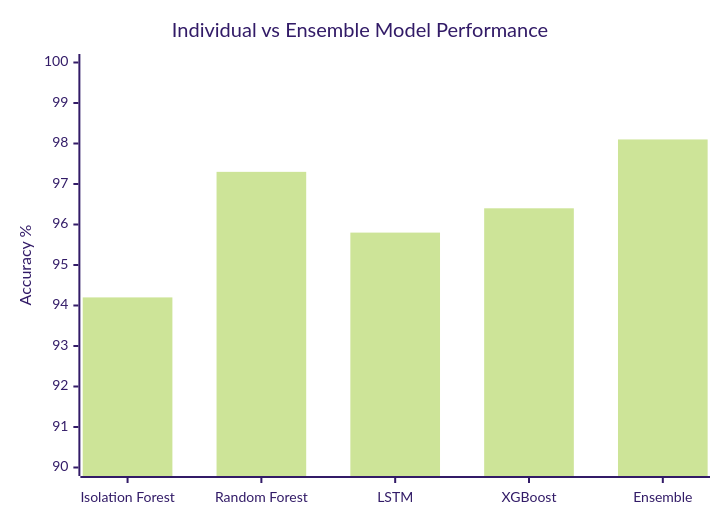
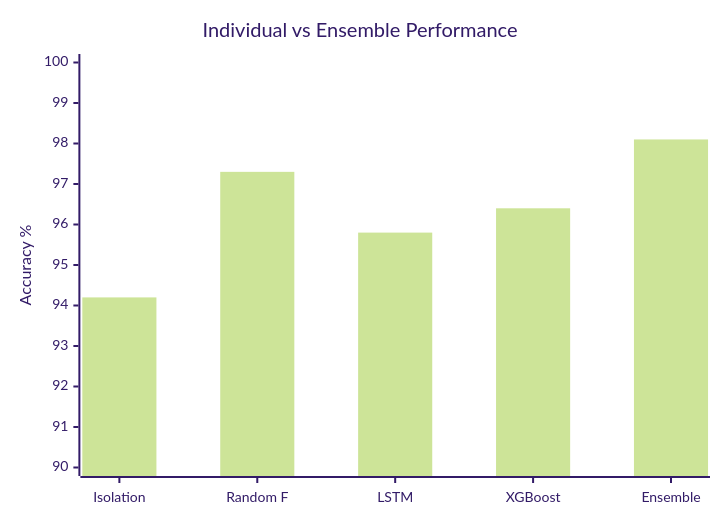
One commit to nes10r/BigDataProject changed diagram 20 of 23 in MODEL_ANALYSIS.md. Above: the diagram before and after it, drawn with Mermaid (forest theme). The commit also changed other lines of this file, not shown here.

Commit message:
Improve chart readability: Shorten labels in xychart-beta diagrams and add performance summary tables

````diff
--- a/MODEL_ANALYSIS.md
+++ b/MODEL_ANALYSIS.md
@@ -591,7 +635,7 @@
 ```mermaid
 xychart-beta
-    title "Individual vs Ensemble Model Performance"
-    x-axis ["Isolation Forest", "Random Forest", "LSTM", "XGBoost", "Ensemble"]
+    title "Individual vs Ensemble Performance"
+    x-axis ["Isolation", "Random F", "LSTM", "XGBoost", "Ensemble"]
     y-axis "Accuracy %" 90 --> 100
     bar [94.2, 97.3, 95.8, 96.4, 98.1]
 ```
````
